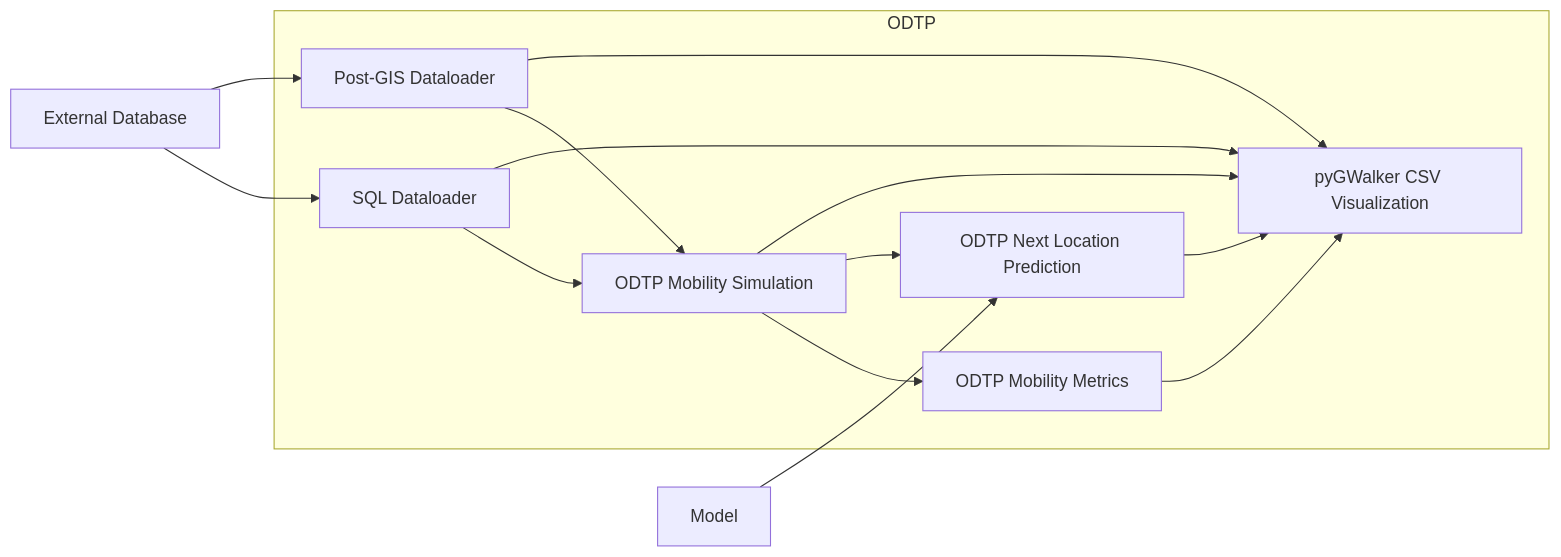
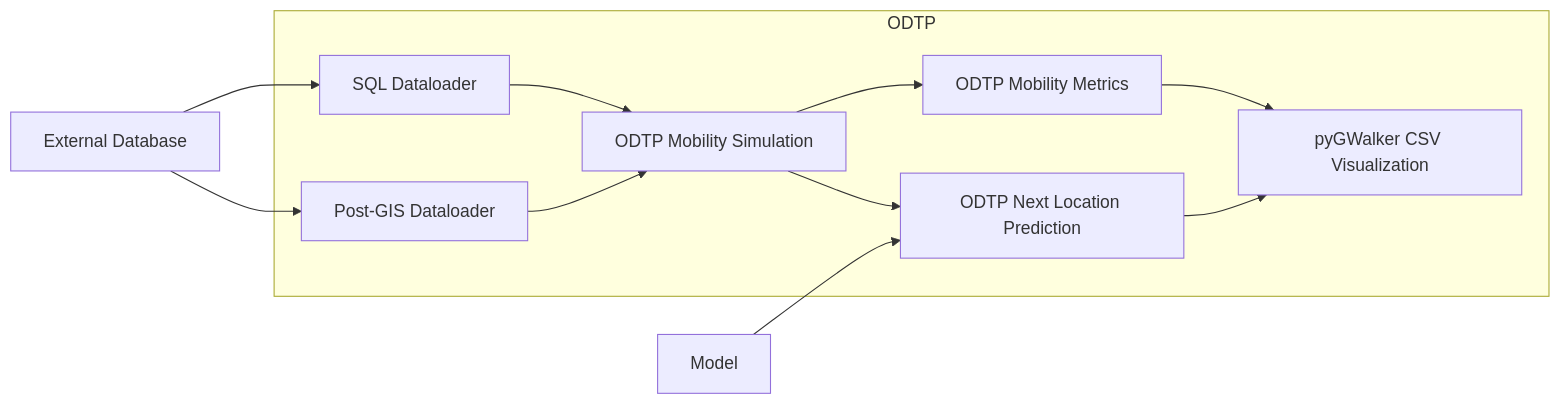
Before and after one commit to odtp-org/dt-mobility-causal-intervention: the diagram in README.md, drawn with Mermaid.

Commit message:
Simplified diagram

````diff
--- a/README.md
+++ b/README.md
@@ -5,20 +5,17 @@
 ```mermaid
 graph LR
     ExternalDatabase[External Database] --> SQLDataloader[SQL Dataloader]
     ExternalDatabase --> PostGisDataloader[Post-GIS Dataloader]
 
     subgraph ODTP
         SQLDataloader --> ODTPMobilitySimulation[ODTP Mobility Simulation]
         PostGisDataloader --> ODTPMobilitySimulation
         ODTPMobilitySimulation --> ODTpMetrics[ODTP Mobility Metrics]
         ODTPMobilitySimulation --> ODTpNextLocationPrediction[ODTP Next Location Prediction]
 
         ODTpNextLocationPrediction --> PYGWalker[pyGWalker CSV Visualization]
-        ODTpMetrics --> PYGWalker[pyGWalker CSV Visualization]
-        ODTPMobilitySimulation --> PYGWalker[pyGWalker CSV Visualization]
-        PostGisDataloader --> PYGWalker[pyGWalker CSV Visualization]
-        SQLDataloader --> PYGWalker[pyGWalker CSV Visualization]
+        ODTpMetrics --> PYGWalker
     end
 
     Model[Model] --> ODTpNextLocationPrediction
 ```
````
